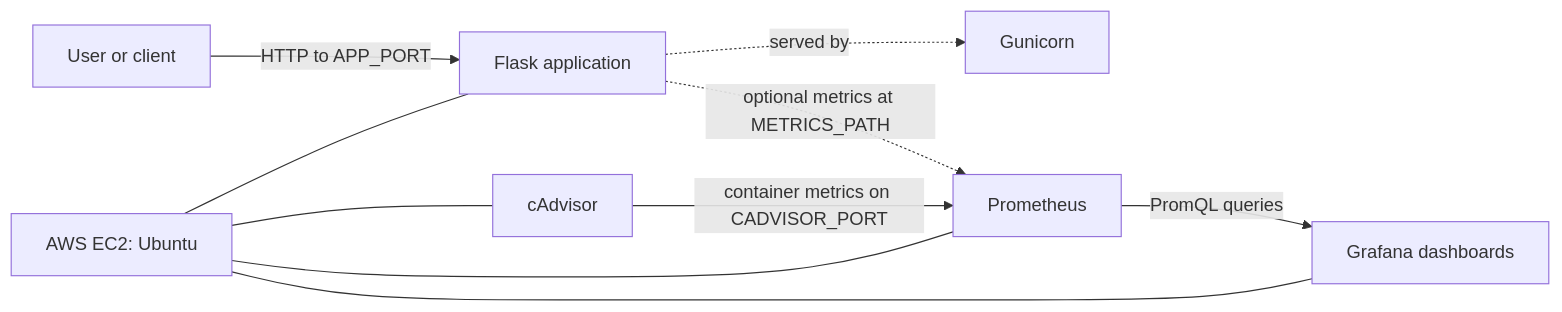
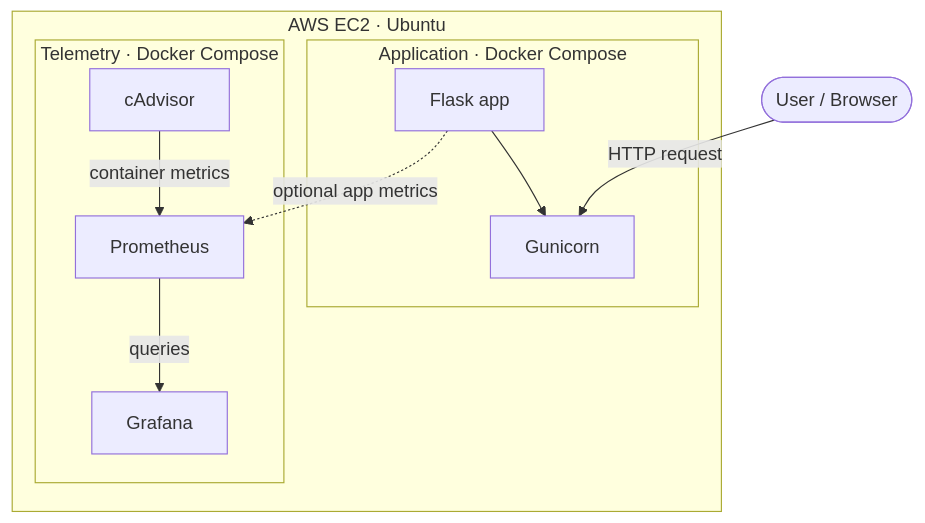
One commit to preethikakarla551/devops-self-healing-pipeline changed the diagram in README.md. Above: the diagram before and after it, drawn with Mermaid. The commit also changed other lines of this file, not shown here.

````diff
--- a/README.md
+++ b/README.md
@@ -26,12 +33,18 @@
 ```mermaid
-flowchart LR
-    U["User or client"] -->|"HTTP to APP_PORT"| APP["Flask application"]
-    APP -. "served by" .-> GUNI["Gunicorn"]
-    CAD["cAdvisor"] -->|"container metrics on CADVISOR_PORT"| PROM["Prometheus"]
-    APP -. "optional metrics at METRICS_PATH" .-> PROM
-    PROM -->|"PromQL queries"| GRAF["Grafana dashboards"]
-    EC2["AWS EC2: Ubuntu"] --- APP
-    EC2 --- CAD
-    EC2 --- PROM
-    EC2 --- GRAF
+flowchart TB
+    CLIENT([User / Browser])
+
+    subgraph CLOUD["AWS EC2 · Ubuntu"]
+        subgraph APP_LAYER["Application · Docker Compose"]
+            APP["Flask app"] --> GUNI["Gunicorn"]
+        end
+
+        subgraph MONITORING["Telemetry · Docker Compose"]
+            CAD["cAdvisor"] -->|"container metrics"| PROM["Prometheus"]
+            APP -. "optional app metrics" .-> PROM
+            PROM -->|"queries"| GRAF["Grafana"]
+        end
+    end
+
+    CLIENT -->|"HTTP request"| GUNI
 ```
````
